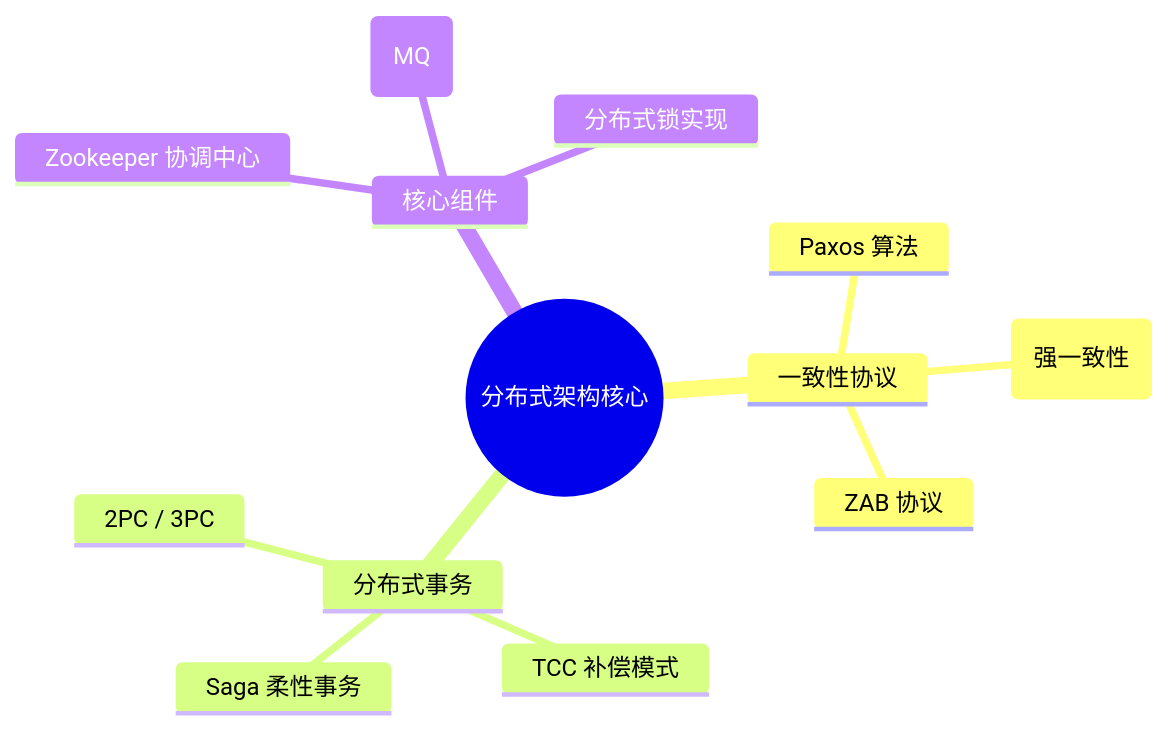
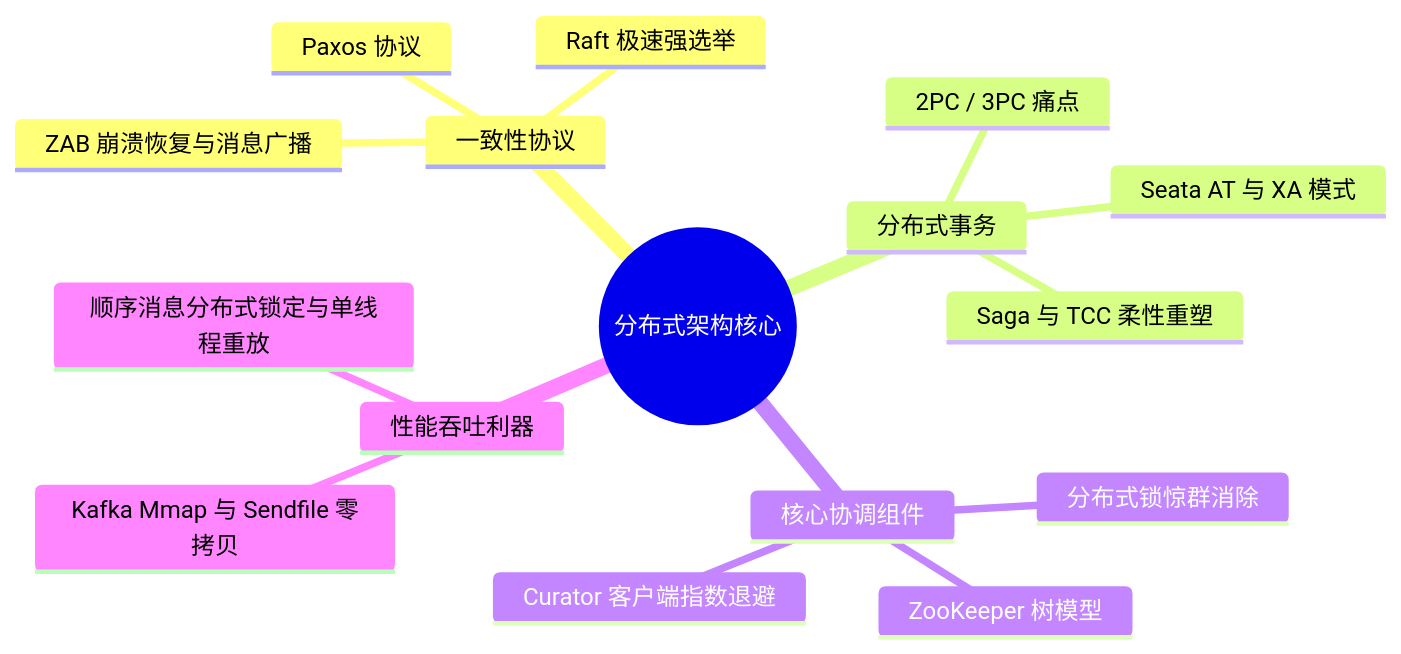
One commit to Aiden-Coding/AiDocs changed the diagram in docs/distributed/system/readme.md. Above: the diagram before and after it, drawn with Mermaid. The commit also changed other lines of this file and 6 other files, not shown here.

````diff
--- a/docs/distributed/system/readme.md
+++ b/docs/distributed/system/readme.md
@@ -17,16 +17,19 @@
 ```mermaid
 mindmap
   root((分布式架构核心))
     一致性协议
-      Paxos 算法
-      Raft (强一致性)
-      ZAB 协议
+      Paxos 协议
+      Raft 极速强选举
+      ZAB 崩溃恢复与消息广播
     分布式事务
-      2PC / 3PC
-      TCC 补偿模式
-      Saga 柔性事务
-    核心组件
-      Zookeeper 协调中心
-      分布式锁实现
-      消息队列 (MQ)
+      2PC / 3PC 痛点
+      Seata AT 与 XA 模式
+      Saga 与 TCC 柔性重塑
+    核心协调组件
+      ZooKeeper 树模型
+      分布式锁惊群消除
+      Curator 客户端指数退避
+    性能吞吐利器
+      Kafka Mmap 与 Sendfile 零拷贝
+      顺序消息分布式锁定与单线程重放
 ```
````
